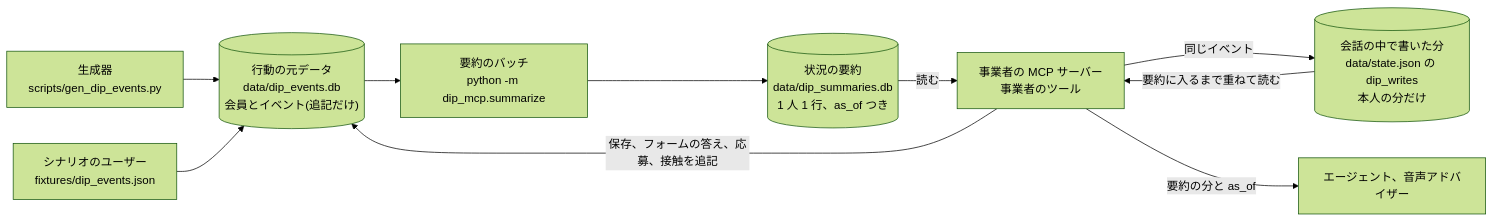
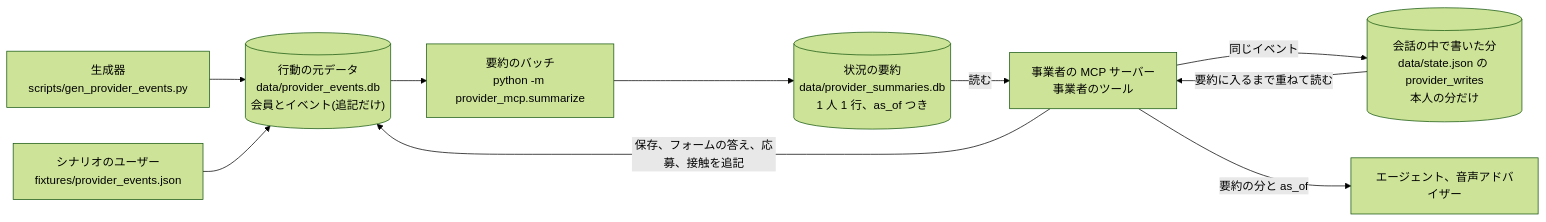
Before and after one commit to jyoka/aica: diagram 12 of 15 in docs/architecture/hld.md, drawn with Mermaid (forest theme). The commit also changed other lines of this file and 389 other files, not shown here.

````diff
--- a/docs/architecture/hld.md
+++ b/docs/architecture/hld.md
@@ -845,21 +846,21 @@
 ```mermaid
 flowchart LR
-    gen["生成器<br/>scripts/gen_dip_events.py"]
-    sc["シナリオのユーザー<br/>fixtures/dip_events.json"]
-    ev[("行動の元データ<br/>data/dip_events.db<br/>会員とイベント(追記だけ)")]
-    batch["要約のバッチ<br/>python -m dip_mcp.summarize"]
-    sum[("状況の要約<br/>data/dip_summaries.db<br/>1 人 1 行、as_of つき")]
+    gen["生成器<br/>scripts/gen_provider_events.py"]
+    sc["シナリオのユーザー<br/>fixtures/provider_events.json"]
+    ev[("行動の元データ<br/>data/provider_events.db<br/>会員とイベント(追記だけ)")]
+    batch["要約のバッチ<br/>python -m provider_mcp.summarize"]
+    sum[("状況の要約<br/>data/provider_summaries.db<br/>1 人 1 行、as_of つき")]
     mcp["事業者の MCP サーバー<br/>事業者のツール"]
-    writes[("会話の中で書いた分<br/>data/state.json の dip_writes<br/>本人の分だけ")]
+    writes[("会話の中で書いた分<br/>data/state.json の provider_writes<br/>本人の分だけ")]
     agent["エージェント、音声アドバイザー"]
 
     gen --> ev
     sc --> ev
     ev --> batch
     batch --> sum
     sum -- "読む" --> mcp
     writes -- "要約に入るまで重ねて読む" --> mcp
     mcp -- "保存、フォームの答え、応募、接触を追記" --> ev
     mcp -- "同じイベント" --> writes
     mcp -- "要約の分と as_of" --> agent
 ```
````
